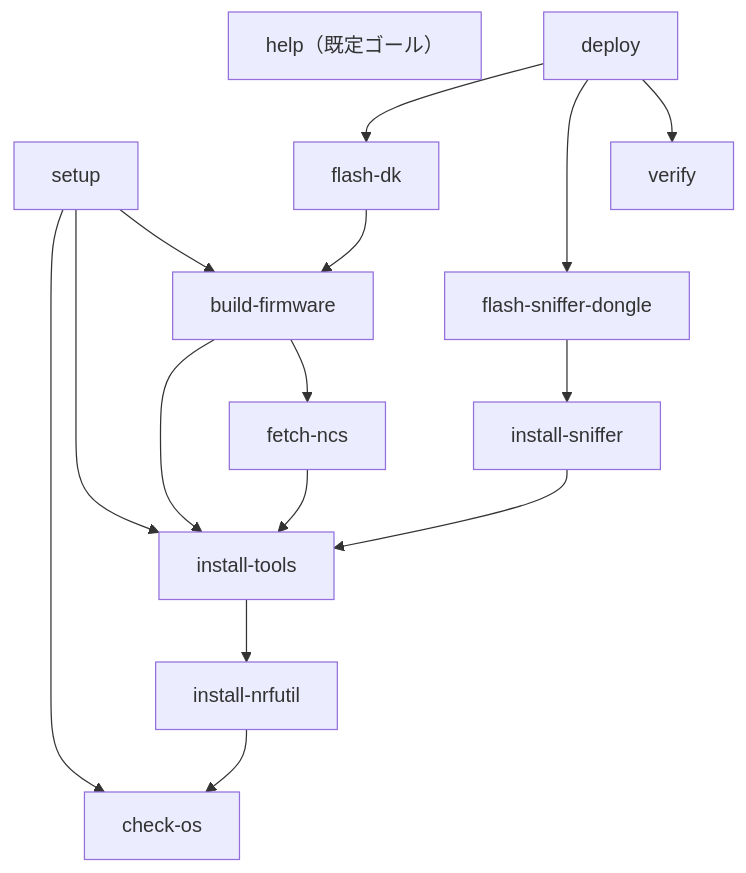
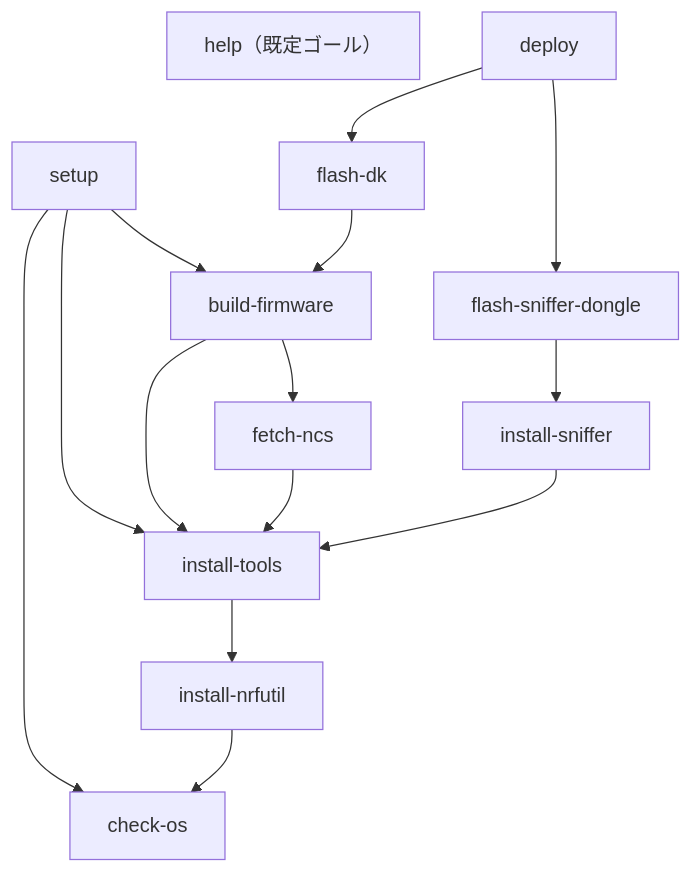
Before and after one commit to kokiTakashiki/CoreBluetoothDevelopmentBootstrap: the diagram in docs/DESIGN-001.md, drawn with Mermaid. The commit also changed other lines of this file and 3 other files, not shown here.

First line of the commit message:
refactor(deploy): 書き込みと検証を分離（deploy=書き込みのみ、verify は独立）

````diff
--- a/docs/DESIGN-001.md
+++ b/docs/DESIGN-001.md
@@ -83,18 +83,17 @@
 ```mermaid
 graph TD
     help["help（既定ゴール）"]
     setup --> check-os
     setup --> install-tools
     setup --> build-firmware
     deploy --> flash-dk
     deploy --> flash-sniffer-dongle
-    deploy --> verify
     install-nrfutil --> check-os
     install-tools --> install-nrfutil
     install-sniffer --> install-tools
     fetch-ncs --> install-tools
     build-firmware --> install-tools
     build-firmware --> fetch-ncs
     flash-dk --> build-firmware
     flash-sniffer-dongle --> install-sniffer
 ```
````
